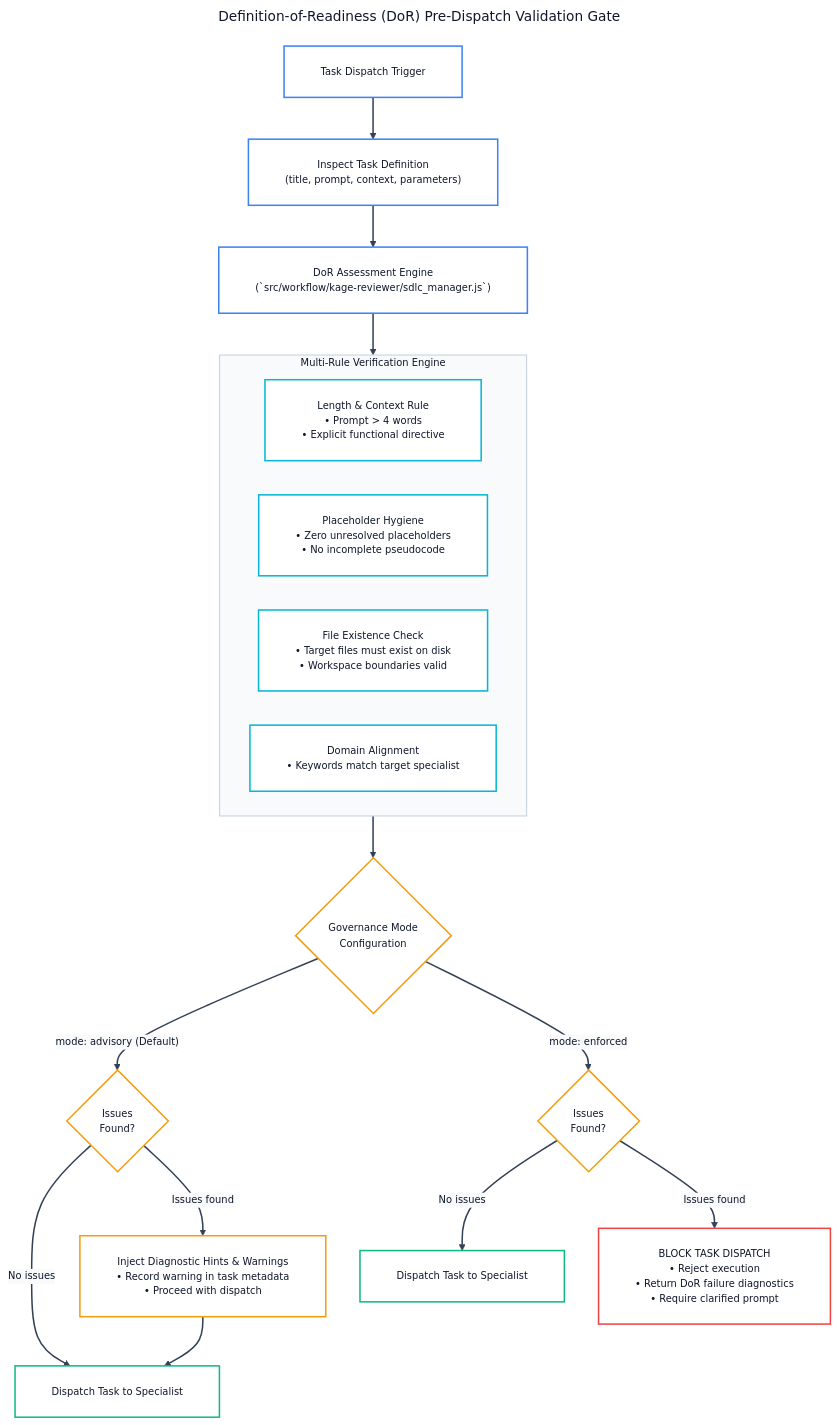
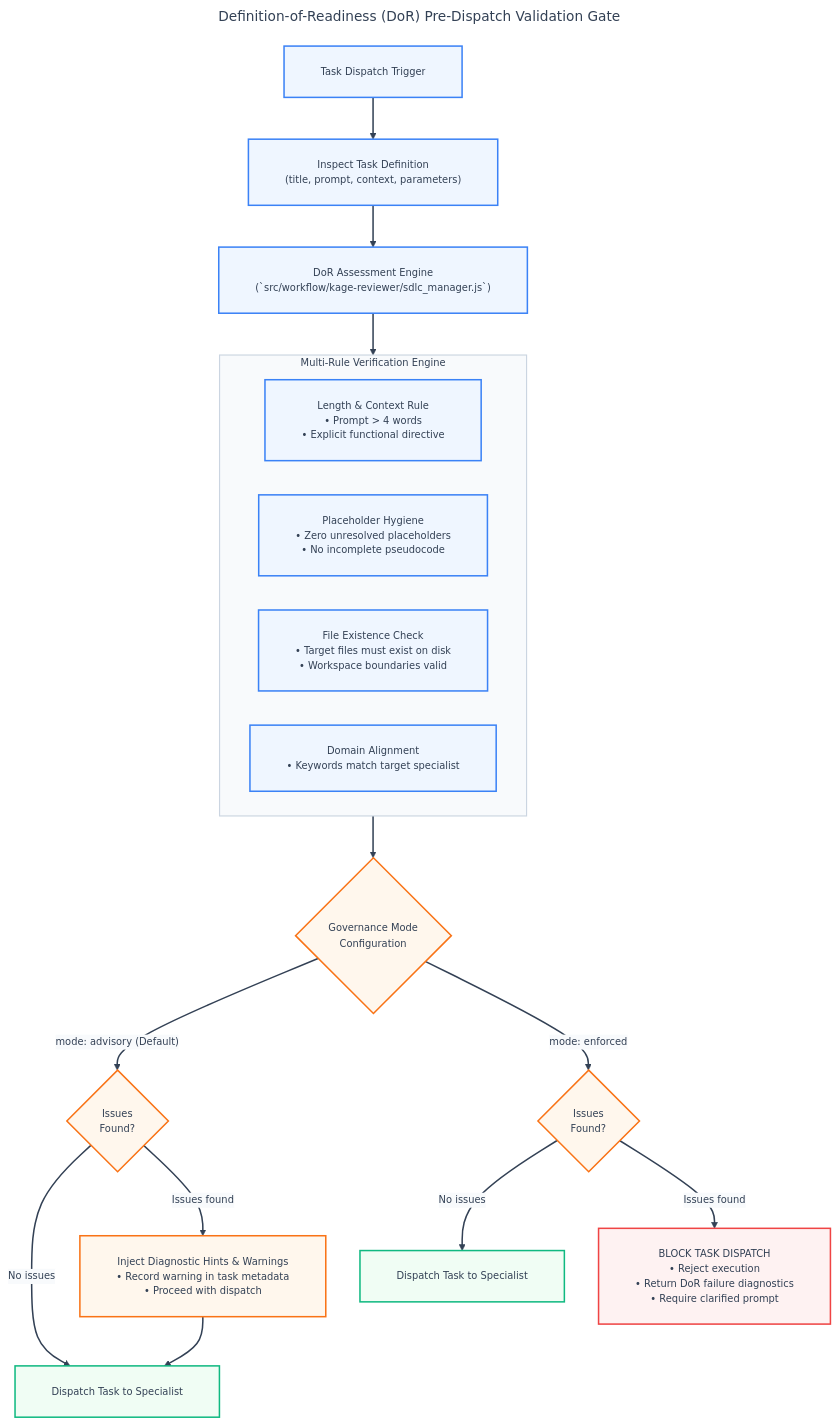
Before and after one commit to andycungkrinx91/konoha: the third of 19 diagrams in docs/ALL-WORKFLOW-DIAGRAMS.md, drawn with Mermaid. The commit also changed other lines of this file and 136 other files, not shown here.

````diff
--- a/docs/ALL-WORKFLOW-DIAGRAMS.md
+++ b/docs/ALL-WORKFLOW-DIAGRAMS.md
@@ -182,62 +182,62 @@
 ```mermaid
 ---
 title: Definition-of-Readiness (DoR) Pre-Dispatch Validation Gate
 config:
   theme: base
   themeVariables:
     darkMode: false
     background: '#ffffff'
-    mainBkg: '#ffffff'
-    primaryColor: '#ffffff'
-    primaryTextColor: '#0f172a'
+    mainBkg: '#eff6ff'
+    primaryColor: '#eff6ff'
+    primaryTextColor: '#334155'
     primaryBorderColor: '#3b82f6'
     lineColor: '#334155'
     arrowheadColor: '#334155'
     secondaryColor: '#f8fafc'
-    tertiaryColor: '#ffffff'
+    tertiaryColor: '#f0fdf4'
     fontFamily: 'Inter, system-ui, -apple-system, sans-serif'
     fontSize: '13px'
   flowchart:
     nodeSpacing: 45
     rankSpacing: 55
     padding: 24
-    wrappingWidth: 350
+    wrappingWidth: 380
 ---
 flowchart TD
     Trigger["Task Dispatch Trigger"] --> Inspect["Inspect Task Definition<br/>(title, prompt, context, parameters)"]
     Inspect --> Engine["DoR Assessment Engine<br/>(`src/workflow/kage-reviewer/sdlc_manager.js`)"]
 
     subgraph AssessmentRules ["Multi-Rule Verification Engine"]
         R1["Length &amp; Context Rule<br/>• Prompt &gt; 4 words<br/>• Explicit functional directive"]
         R2["Placeholder Hygiene<br/>• Zero unresolved placeholders<br/>• No incomplete pseudocode"]
         R3["File Existence Check<br/>• Target files must exist on disk<br/>• Workspace boundaries valid"]
         R4["Domain Alignment<br/>• Keywords match target specialist"]
     end
 
     Engine --> AssessmentRules
     AssessmentRules --> ModeGate{"Governance Mode<br/>Configuration"}
 
     ModeGate -- "mode: advisory (Default)" --> AdvisoryEval{"Issues<br/>Found?"}
     AdvisoryEval -- "No issues" --> Dispatch1["Dispatch Task to Specialist"]
     AdvisoryEval -- "Issues found" --> InjectHint["Inject Diagnostic Hints &amp; Warnings<br/>• Record warning in task metadata<br/>• Proceed with dispatch"]
     InjectHint --> Dispatch1
 
     ModeGate -- "mode: enforced" --> EnforcedEval{"Issues<br/>Found?"}
     EnforcedEval -- "No issues" --> Dispatch2["Dispatch Task to Specialist"]
     EnforcedEval -- "Issues found" --> BlockDispatch["BLOCK TASK DISPATCH<br/>• Reject execution<br/>• Return DoR failure diagnostics<br/>• Require clarified prompt"]
 
     linkStyle default stroke:#334155,stroke-width:2px;
-    style AssessmentRules fill:#f8fafc,stroke:#cbd5e1,stroke-width:1.5px,color:#0f172a;
+    style AssessmentRules fill:#f8fafc,stroke:#cbd5e1,stroke-width:1.5px,color:#334155;
 
-    classDef triggerNode fill:#ffffff,stroke:#3b82f6,color:#0f172a,stroke-width:2px;
-    classDef ruleNode fill:#ffffff,stroke:#06b6d4,color:#0f172a,stroke-width:2px;
-    classDef passNode fill:#ffffff,stroke:#10b981,color:#0f172a,stroke-width:2px;
-    classDef blockNode fill:#ffffff,stroke:#ef4444,color:#0f172a,stroke-width:2px;
-    classDef evalNode fill:#ffffff,stroke:#f59e0b,color:#0f172a,stroke-width:2px;
+    classDef triggerNode fill:#eff6ff,stroke:#3b82f6,color:#334155,stroke-width:2px;
+    classDef ruleNode fill:#eff6ff,stroke:#3b82f6,color:#334155,stroke-width:2px;
+    classDef passNode fill:#f0fdf4,stroke:#10b981,color:#334155,stroke-width:2px;
+    classDef blockNode fill:#fef2f2,stroke:#ef4444,color:#334155,stroke-width:2px;
+    classDef evalNode fill:#fff7ed,stroke:#f97316,color:#334155,stroke-width:2px;
 
     class Trigger,Inspect,Engine triggerNode;
     class R1,R2,R3,R4 ruleNode;
     class ModeGate,AdvisoryEval,EnforcedEval,InjectHint evalNode;
     class Dispatch1,Dispatch2 passNode;
     class BlockDispatch blockNode;
 ```
````
